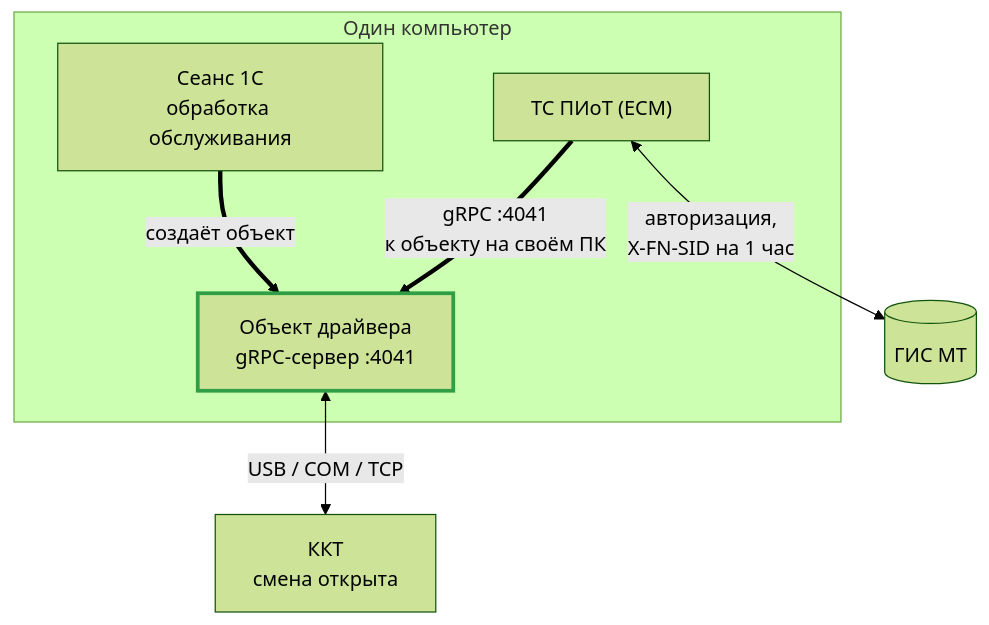
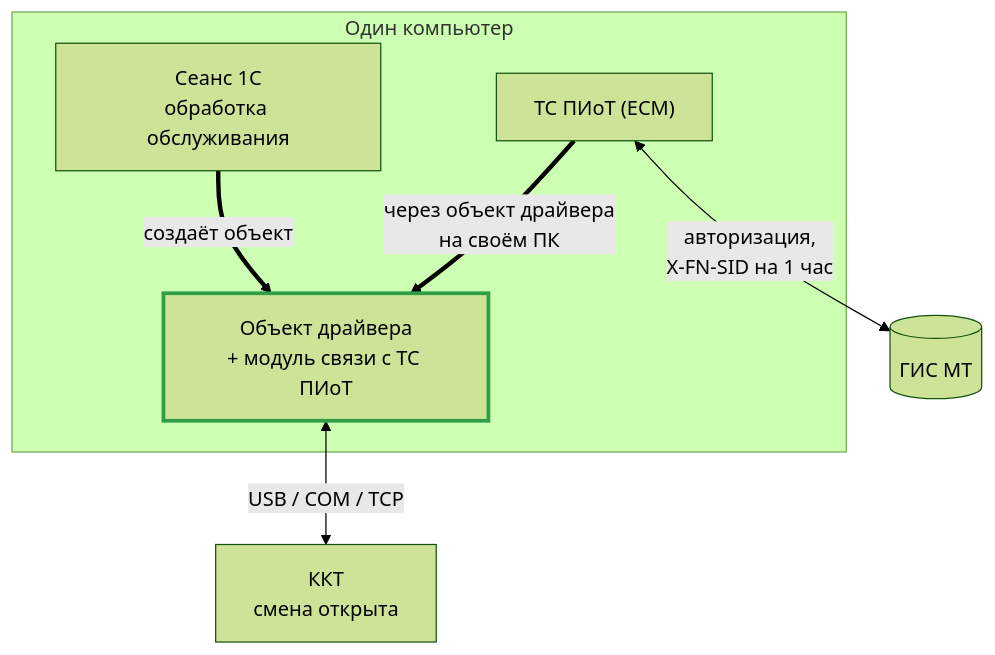
One commit to AlexKrutikov/epf54fz-docs changed the second of 3 diagrams in docs/instructions/piot.md. Above: the diagram before and after it, drawn with Mermaid (forest theme). The commit also changed other lines of this file and 1 other file, not shown here.

Commit message:
docs(piot): раздел о размещении объекта драйвера общий для Атол и Штрих

````diff
--- a/docs/instructions/piot.md
+++ b/docs/instructions/piot.md
@@ -335,16 +344,16 @@
 ```mermaid
 flowchart TB
   subgraph PC["Один компьютер"]
     S1C["Сеанс 1С<br/>обработка обслуживания"]
-    DRV["Объект драйвера<br/>gRPC-сервер :4041"]
+    DRV["Объект драйвера<br/>+ модуль связи с ТС ПИоТ"]
     ESM["ТС ПИоТ (ЕСМ)"]
   end
   KKT["ККТ<br/>смена открыта"]
   GIS[("ГИС МТ")]
   S1C ==>|"создаёт объект"| DRV
   DRV <-->|"USB / COM / TCP"| KKT
-  ESM ==>|"gRPC :4041<br/>к объекту на своём ПК"| DRV
+  ESM ==>|"через объект драйвера<br/>на своём ПК"| DRV
   ESM <-->|"авторизация,<br/>X-FN-SID на 1 час"| GIS
   classDef ok stroke:#2f9e44,stroke-width:3px
   class DRV ok
 ```
````
